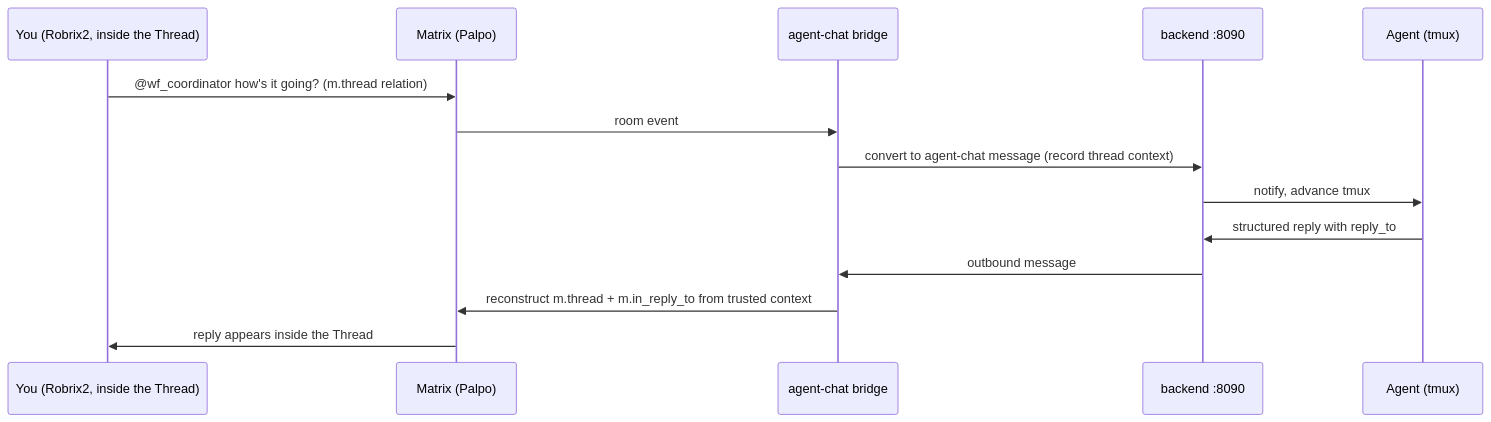
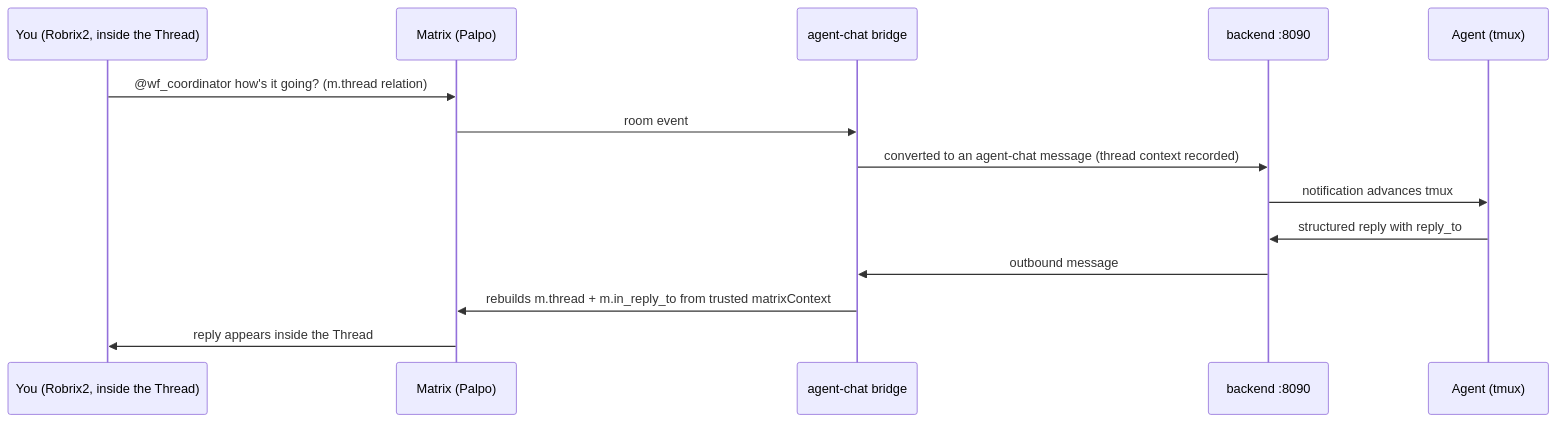
Before and after one commit to Project-Robius-China/robrix2: the diagram in book/en/src/part2/threads.md, drawn with Mermaid. The commit also changed other lines of this file and 17 other files, not shown here.

````diff
--- a/book/en/src/part2/threads.md
+++ b/book/en/src/part2/threads.md
@@ -9,17 +9,17 @@
 ```mermaid
 sequenceDiagram
     participant H as You (Robrix2, inside the Thread)
     participant M as Matrix (Palpo)
     participant B as agent-chat bridge
     participant BE as backend :8090
     participant A as Agent (tmux)
 
     H->>M: @wf_coordinator how's it going? (m.thread relation)
     M->>B: room event
-    B->>BE: convert to agent-chat message (record thread context)
-    BE->>A: notify, advance tmux
+    B->>BE: converted to an agent-chat message (thread context recorded)
+    BE->>A: notification advances tmux
     A->>BE: structured reply with reply_to
     BE->>B: outbound message
-    B->>M: reconstruct m.thread + m.in_reply_to from trusted context
+    B->>M: rebuilds m.thread + m.in_reply_to from trusted matrixContext
     M->>H: reply appears inside the Thread
 ```
````
